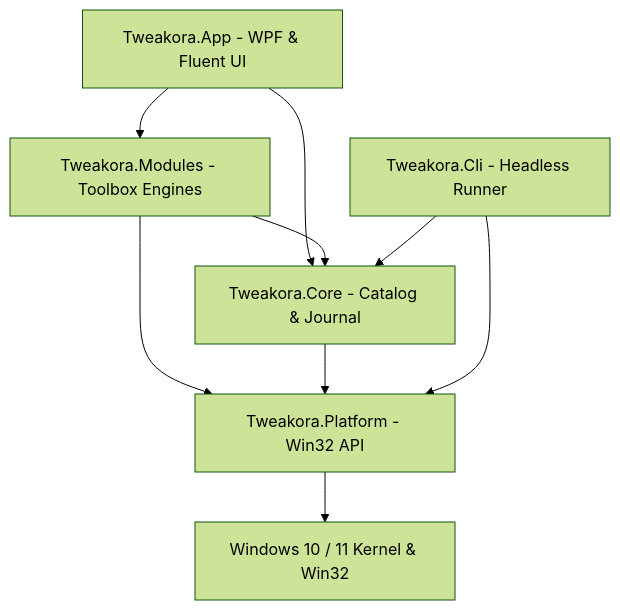
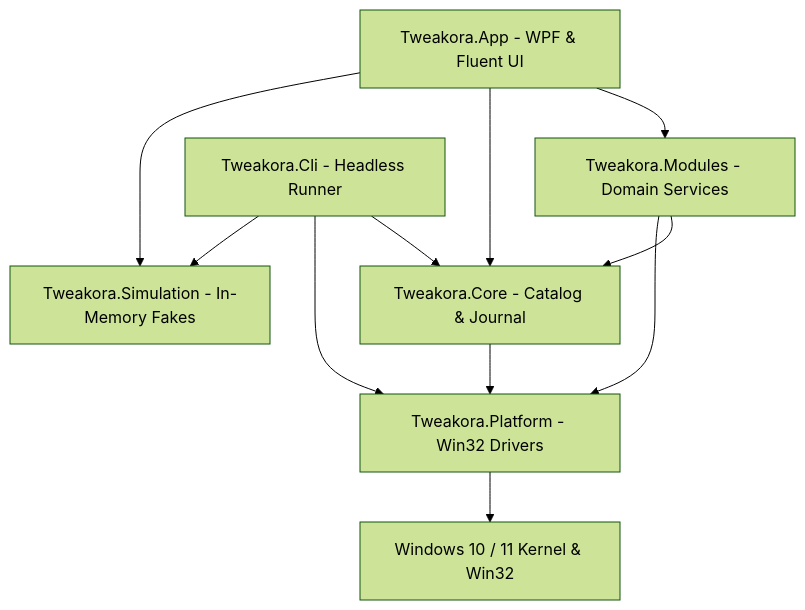
One commit to Ziadtareks/WinVelo changed the diagram in docs/ARCHITECTURE.md. Above: the diagram before and after it, drawn with Mermaid (forest theme). The commit also changed other lines of this file, not shown here.

Commit message:
docs: update architecture documentation to reflect current codebase structure

````diff
--- a/docs/ARCHITECTURE.md
+++ b/docs/ARCHITECTURE.md
@@ -9,11 +9,13 @@
 ```mermaid
 graph TD
-    App[Tweakora.App - WPF & Fluent UI] --> Modules[Tweakora.Modules - Toolbox Engines]
+    App[Tweakora.App - WPF & Fluent UI] --> Modules[Tweakora.Modules - Domain Services]
     App --> Core[Tweakora.Core - Catalog & Journal]
+    App --> Simulation[Tweakora.Simulation - In-Memory Fakes]
     Modules --> Core
-    Modules --> Platform[Tweakora.Platform - Win32 API]
+    Modules --> Platform[Tweakora.Platform - Win32 Drivers]
     Core --> Platform
     CLI[Tweakora.Cli - Headless Runner] --> Core
     CLI --> Platform
+    CLI --> Simulation
     Platform --> OS[Windows 10 / 11 Kernel & Win32]
 ```
````
